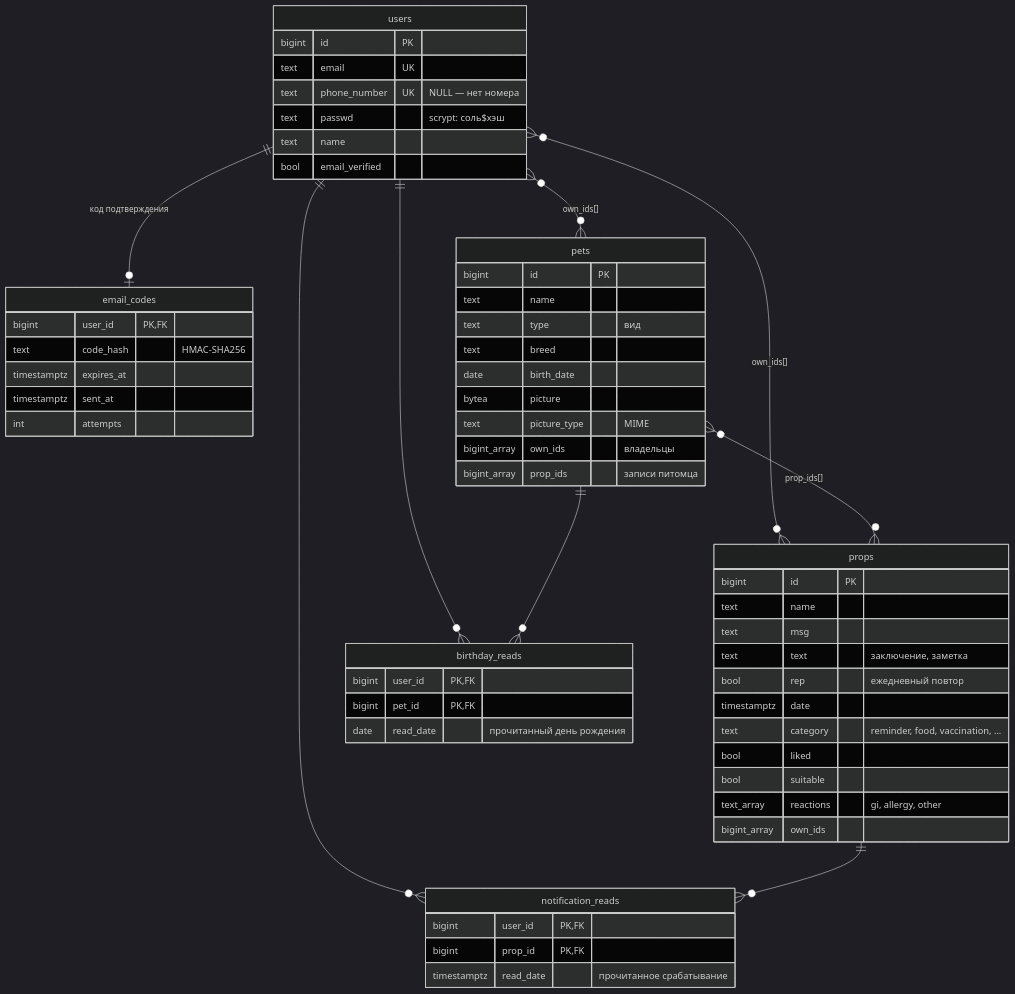
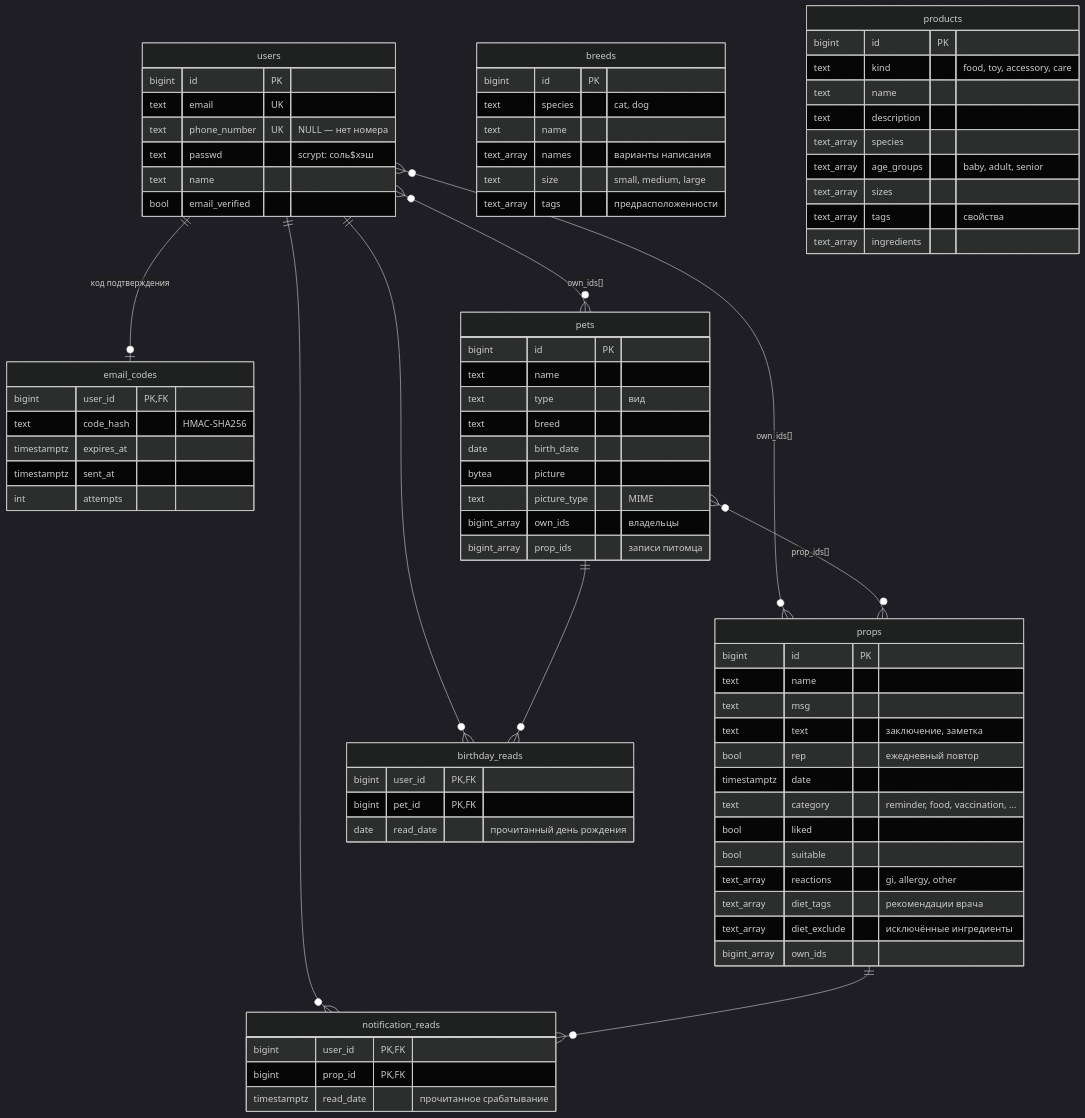
One commit to sigizmund993/prod-petCare changed the third of 7 diagrams in ARCHITECTURE.md. Above: the diagram before and after it, drawn with Mermaid (dark theme). The commit also changed other lines of this file and 10 other files, not shown here.

Commit message:
recommendations: food and goods by breed, age, vet advice and food history

````diff
--- a/ARCHITECTURE.md
+++ b/ARCHITECTURE.md
@@ -144,61 +149,82 @@
 ```mermaid
 erDiagram
     users ||--o| email_codes : "код подтверждения"
     users }o--o{ pets : "own_ids[]"
     users }o--o{ props : "own_ids[]"
     pets }o--o{ props : "prop_ids[]"
     users ||--o{ notification_reads : ""
     props ||--o{ notification_reads : ""
     users ||--o{ birthday_reads : ""
     pets ||--o{ birthday_reads : ""
 
     users {
         bigint id PK
         text email UK
         text phone_number UK "NULL — нет номера"
         text passwd "scrypt: соль$хэш"
         text name
         bool email_verified
     }
     email_codes {
         bigint user_id PK,FK
         text code_hash "HMAC-SHA256"
         timestamptz expires_at
         timestamptz sent_at
         int attempts
     }
     pets {
         bigint id PK
         text name
         text type "вид"
         text breed
         date birth_date
         bytea picture
         text picture_type "MIME"
         bigint_array own_ids "владельцы"
         bigint_array prop_ids "записи питомца"
     }
     props {
         bigint id PK
         text name
         text msg
         text text "заключение, заметка"
         bool rep "ежедневный повтор"
         timestamptz date
         text category "reminder, food, vaccination, ..."
         bool liked
         bool suitable
         text_array reactions "gi, allergy, other"
+        text_array diet_tags "рекомендации врача"
+        text_array diet_exclude "исключённые ингредиенты"
         bigint_array own_ids
+    }
+    breeds {
+        bigint id PK
+        text species "cat, dog"
+        text name
+        text_array names "варианты написания"
+        text size "small, medium, large"
+        text_array tags "предрасположенности"
+    }
+    products {
+        bigint id PK
+        text kind "food, toy, accessory, care"
+        text name
+        text description
+        text_array species
+        text_array age_groups "baby, adult, senior"
+        text_array sizes
+        text_array tags "свойства"
+        text_array ingredients
     }
     notification_reads {
         bigint user_id PK,FK
         bigint prop_id PK,FK
         timestamptz read_date "прочитанное срабатывание"
     }
     birthday_reads {
         bigint user_id PK,FK
         bigint pet_id PK,FK
         date read_date "прочитанный день рождения"
     }
 ```
````
